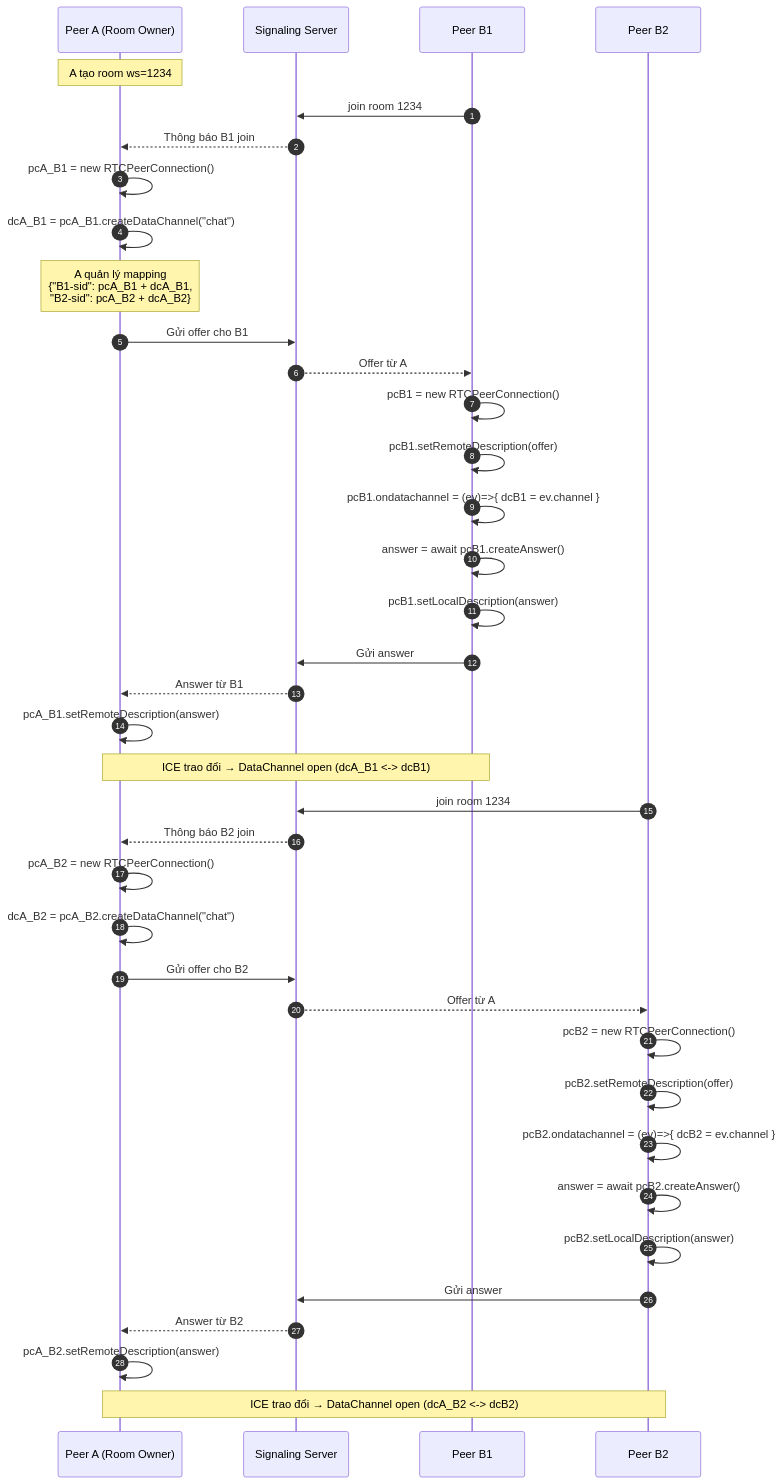
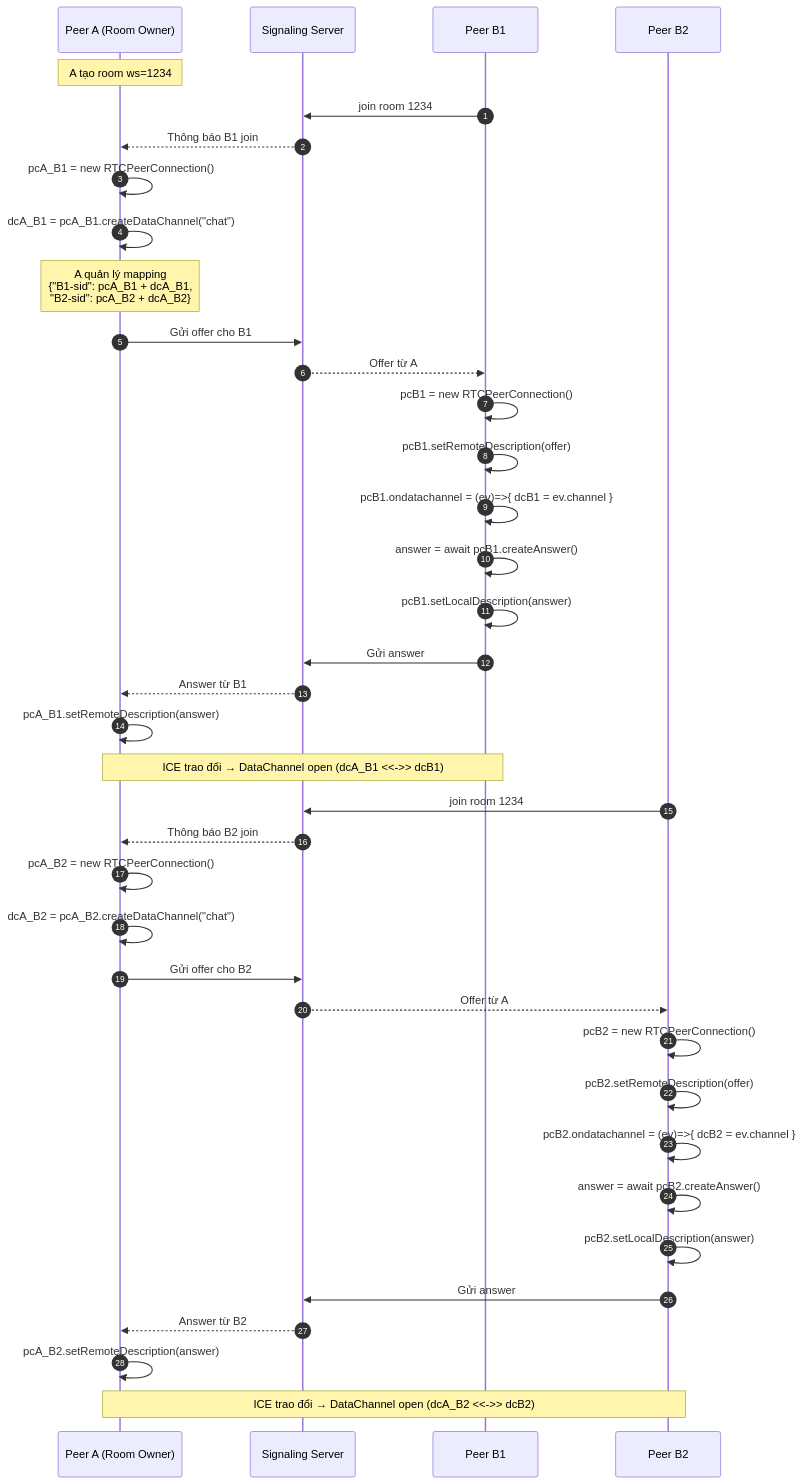
One commit to uav-project-com/go-webrtc-signal-server changed the second of 4 diagrams in ui/webrtc-common/README.md. Above: the diagram before and after it, drawn with Mermaid. The commit also changed other lines of this file and 1 other file, not shown here.

````diff
--- a/ui/webrtc-common/README.md
+++ b/ui/webrtc-common/README.md
@@ -90,43 +90,43 @@
 ```mermaid
 sequenceDiagram
     autonumber
     participant A as Peer A (Room Owner)
     participant Sig as Signaling Server
     participant B1 as Peer B1
     participant B2 as Peer B2
 
     Note over A: A tạo room ws=1234
 
     B1->>Sig: join room 1234
     Sig-->>A: Thông báo B1 join
     A->>A: pcA_B1 = new RTCPeerConnection()
     A->>A: dcA_B1 = pcA_B1.createDataChannel("chat")
     Note over A: A quản lý mapping<br>{"B1-sid": pcA_B1 + dcA_B1,<br>"B2-sid": pcA_B2 + dcA_B2}
     A->>Sig: Gửi offer cho B1
     Sig-->>B1: Offer từ A
     B1->>B1: pcB1 = new RTCPeerConnection()
     B1->>B1: pcB1.setRemoteDescription(offer)
     B1->>B1: pcB1.ondatachannel = (ev)=>{ dcB1 = ev.channel }
     B1->>B1: answer = await pcB1.createAnswer()
     B1->>B1: pcB1.setLocalDescription(answer)
     B1->>Sig: Gửi answer
     Sig-->>A: Answer từ B1
     A->>A: pcA_B1.setRemoteDescription(answer)
-    Note over A,B1: ICE trao đổi → DataChannel open (dcA_B1 <-> dcB1)
+    Note over A,B1: ICE trao đổi → DataChannel open (dcA_B1 <<->> dcB1)
 
     B2->>Sig: join room 1234
     Sig-->>A: Thông báo B2 join
     A->>A: pcA_B2 = new RTCPeerConnection()
     A->>A: dcA_B2 = pcA_B2.createDataChannel("chat")
     A->>Sig: Gửi offer cho B2
     Sig-->>B2: Offer từ A
     B2->>B2: pcB2 = new RTCPeerConnection()
     B2->>B2: pcB2.setRemoteDescription(offer)
     B2->>B2: pcB2.ondatachannel = (ev)=>{ dcB2 = ev.channel }
     B2->>B2: answer = await pcB2.createAnswer()
     B2->>B2: pcB2.setLocalDescription(answer)
     B2->>Sig: Gửi answer
     Sig-->>A: Answer từ B2
     A->>A: pcA_B2.setRemoteDescription(answer)
-    Note over A,B2: ICE trao đổi → DataChannel open (dcA_B2 <-> dcB2)
+    Note over A,B2: ICE trao đổi → DataChannel open (dcA_B2 <<->> dcB2)
 ```
````
